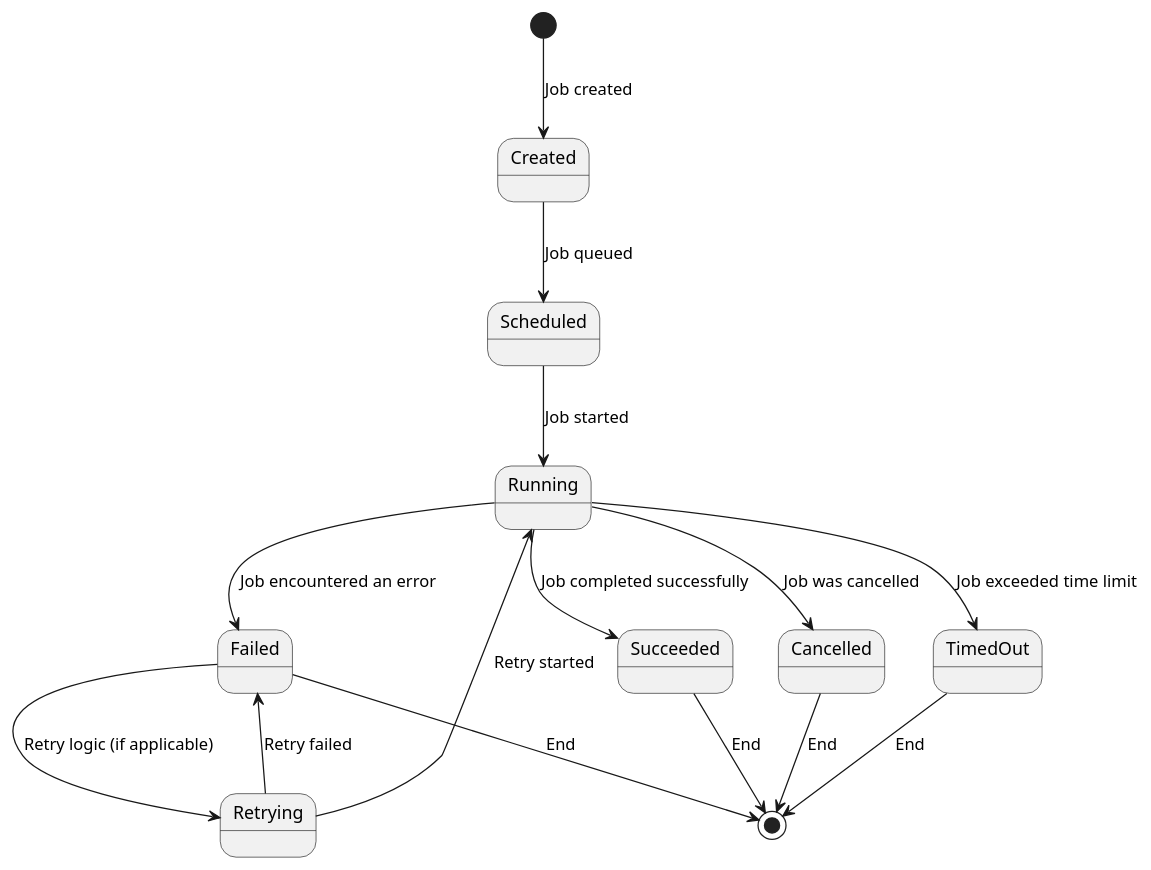
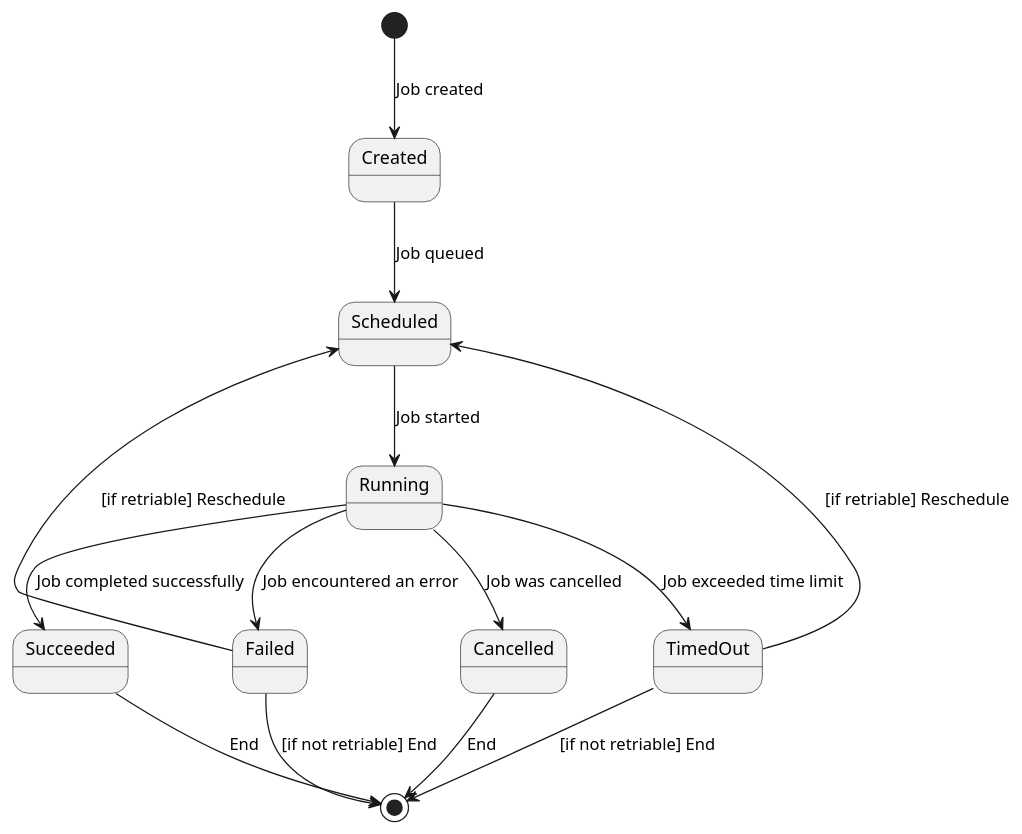
The diagram in doc/img/job_state.pu (cybergarage/go-job), drawn with PlantUML before and after one commit.

Commit message:
Update images

```diff
--- a/doc/img/job_state.pu
+++ b/doc/img/job_state.pu
@@ -1,19 +1,19 @@
 @startuml
 [*] --> Created : Job created
 
 Created --> Scheduled : Job queued
 Scheduled --> Running : Job started
 Running --> Succeeded : Job completed successfully
 Running --> Failed : Job encountered an error
 Running --> Cancelled : Job was cancelled
 Running --> TimedOut : Job exceeded time limit
 
-Failed --> Retrying : Retry logic (if applicable)
-Retrying --> Running : Retry started
-Retrying --> Failed : Retry failed
+Failed --> Scheduled : [if retriable] Reschedule
+Failed --> [*] : [if not retriable] End
 
 Cancelled --> [*] : End
 Succeeded --> [*] : End
-TimedOut --> [*] : End
-Failed --> [*] : End
+TimedOut --> Scheduled : [if retriable] Reschedule
+TimedOut --> [*] : [if not retriable] End
+
 @enduml
```
